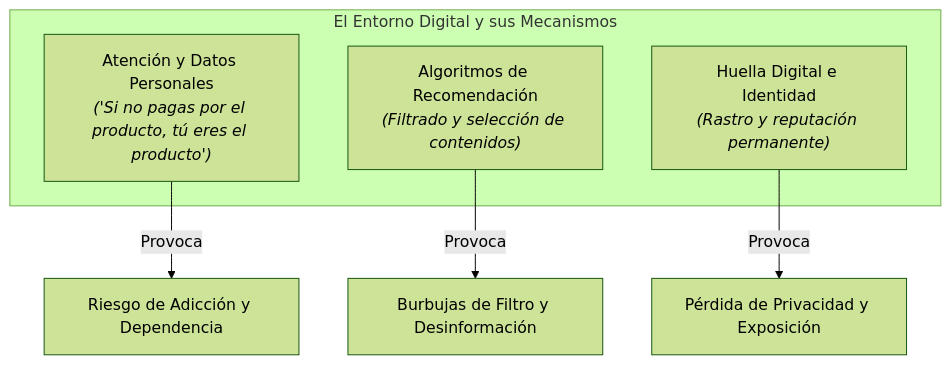
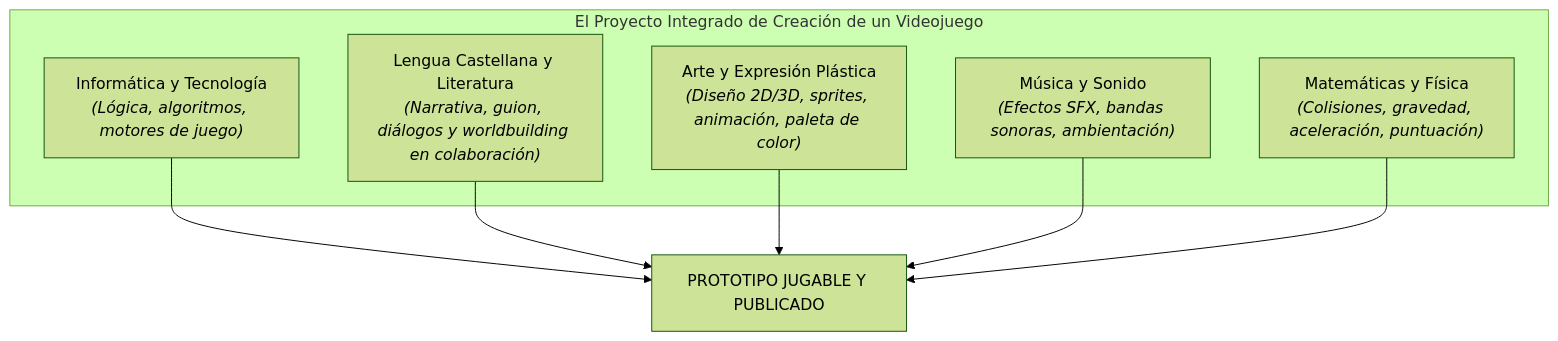
Before and after one commit to joclipe/4-ESO: the first of 6 diagrams in Tema 0 - Introducció/introduccion_cas.md, drawn with Mermaid (forest theme). The commit also changed other lines of this file and 1 other file, not shown here.

````diff
--- a/Tema 0 - Introducció/introduccion_cas.md
+++ b/Tema 0 - Introducció/introduccion_cas.md
@@ -96,12 +57,12 @@
 ```mermaid
 graph TD
-    subgraph EL_ENTORNO_DIGITAL["El Entorno Digital y sus Mecanismos"]
-        N1["Atención y Datos Personales<br/><i>('Si no pagas por el producto, tú eres el producto')</i>"]
-        N2["Algoritmos de Recomendación<br/><i>(Filtrado y selección de contenidos)</i>"]
-        N3["Huella Digital e Identidad<br/><i>(Rastro y reputación permanente)</i>"]
+    subgraph CREACIÓN_VIDEOJUEGO["El Proyecto Integrado de Creación de un Videojuego"]
+        A1["Informática y Tecnología<br/><i>(Lógica, algoritmos, motores de juego)</i>"]
+        A2["Lengua Castellana y Literatura<br/><i>(Narrativa, guion, diálogos y worldbuilding en colaboración)</i>"]
+        A3["Arte y Expresión Plástica<br/><i>(Diseño 2D/3D, sprites, animación, paleta de color)</i>"]
+        A4["Música y Sonido<br/><i>(Efectos SFX, bandas sonoras, ambientación)</i>"]
+        A5["Matemáticas y Física<br/><i>(Colisiones, gravedad, aceleración, puntuación)</i>"]
     end
 
-    N1 -->|Provoca| CON1["Riesgo de Adicción y Dependencia"]
-    N2 -->|Provoca| CON2["Burbujas de Filtro y Desinformación"]
-    N3 -->|Provoca| CON3["Pérdida de Privacidad y Exposición"]
+    A1 & A2 & A3 & A4 & A5 --> PROTOTIPO["PROTOTIPO JUGABLE Y PUBLICADO"]
 ```
````
